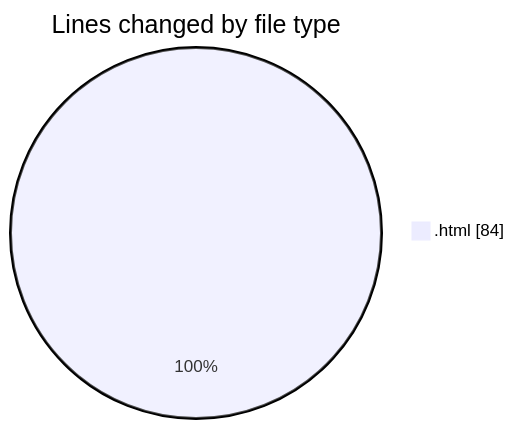
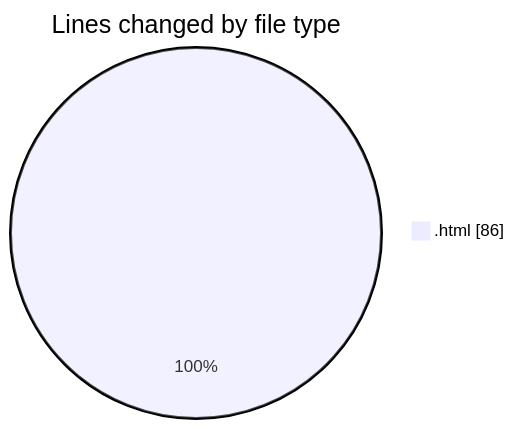
The first of 2 diagrams in 2025-01-09/nueva_carpeta/README.md (LanceThiago/code-tracking), drawn with Mermaid before and after one commit. The commit also changed other lines of this file and 1 other file, not shown here.

````diff
--- a/2025-01-09/nueva_carpeta/README.md
+++ b/2025-01-09/nueva_carpeta/README.md
@@ -20,5 +20,5 @@
 ```mermaid
 pie showData
 title Lines changed by file type
-".html" : 84
+".html" : 86
 ```
````
